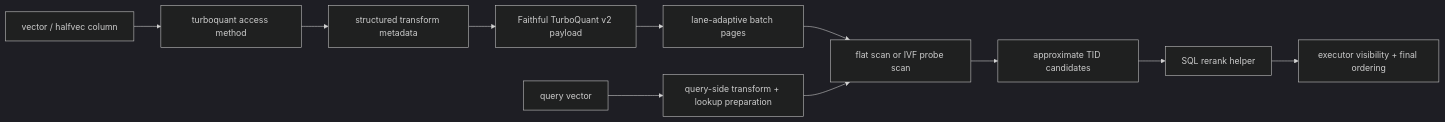
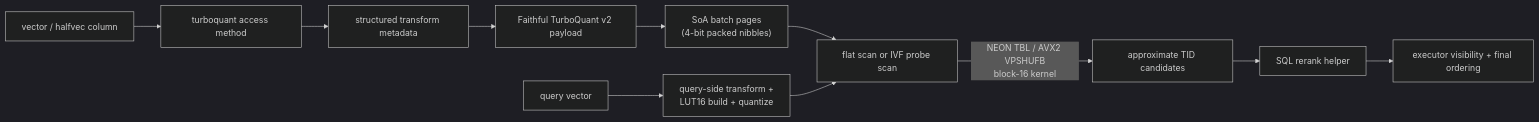
Before and after one commit to mayflower/pg_turboquant: the diagram in docs/explanation/architecture.md, drawn with Mermaid (dark theme). The commit also changed other lines of this file and 2 other files, not shown here.

First line of the commit message:
docs: update architecture, readme, and project docs for SoA page format

````diff
--- a/docs/explanation/architecture.md
+++ b/docs/explanation/architecture.md
@@ -5,13 +5,13 @@
 ```mermaid
 flowchart LR
     A["vector / halfvec column"] --> B["turboquant access method"]
     B --> C["structured transform metadata"]
     C --> D["Faithful TurboQuant v2 payload"]
-    D --> E["lane-adaptive batch pages"]
+    D --> E["SoA batch pages\n(4-bit packed nibbles)"]
     E --> F["flat scan or IVF probe scan"]
-    Q["query vector"] --> G["query-side transform + lookup preparation"]
+    Q["query vector"] --> G["query-side transform +\nLUT16 build + quantize"]
     G --> F
-    F --> H["approximate TID candidates"]
+    F -->|"NEON TBL / AVX2 VPSHUFB\nblock-16 kernel"| H["approximate TID candidates"]
     H --> I["SQL rerank helper"]
     I --> J["executor visibility + final ordering"]
 ```
````
